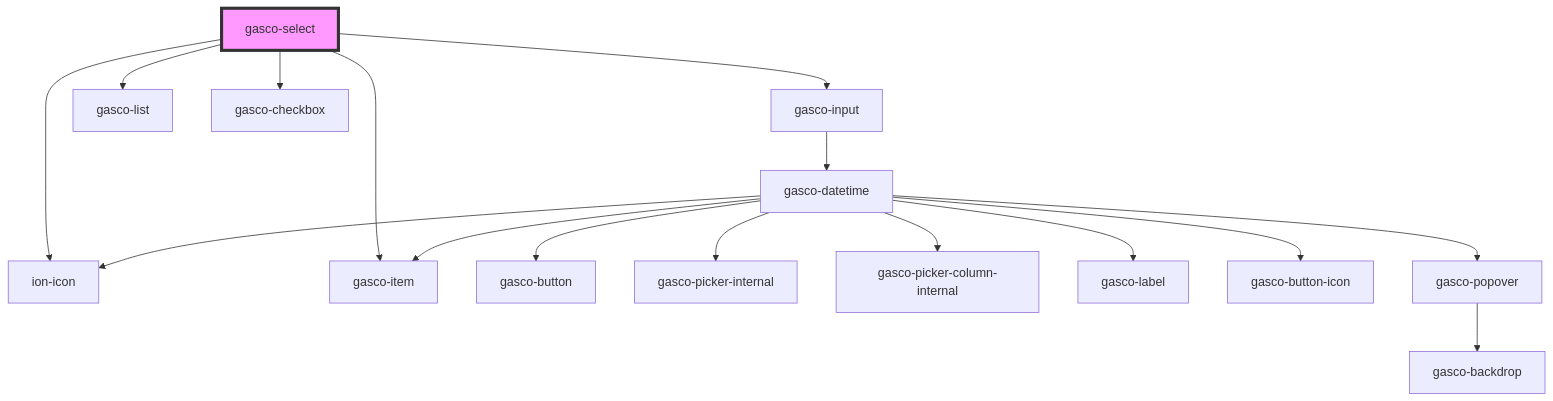
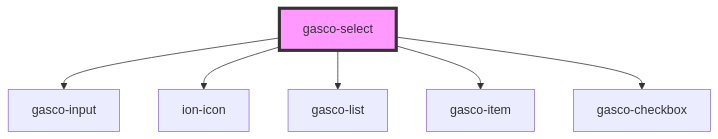
One commit to lac617a/gasco-core changed the diagram in core/src/components/gasco-select/readme.md. Above: the diagram before and after it, drawn with Mermaid. The commit also changed 19 other files, not shown here.

````diff
--- a/core/src/components/gasco-select/readme.md
+++ b/core/src/components/gasco-select/readme.md
@@ -39,19 +39,9 @@
 ```mermaid
 graph TD;
   gasco-select --> gasco-input
   gasco-select --> ion-icon
   gasco-select --> gasco-list
   gasco-select --> gasco-item
   gasco-select --> gasco-checkbox
-  gasco-input --> gasco-datetime
-  gasco-datetime --> gasco-button
-  gasco-datetime --> gasco-picker-internal
-  gasco-datetime --> gasco-picker-column-internal
-  gasco-datetime --> gasco-item
-  gasco-datetime --> gasco-label
-  gasco-datetime --> ion-icon
-  gasco-datetime --> gasco-button-icon
-  gasco-datetime --> gasco-popover
-  gasco-popover --> gasco-backdrop
   style gasco-select fill:#f9f,stroke:#333,stroke-width:4px
 ```
````
